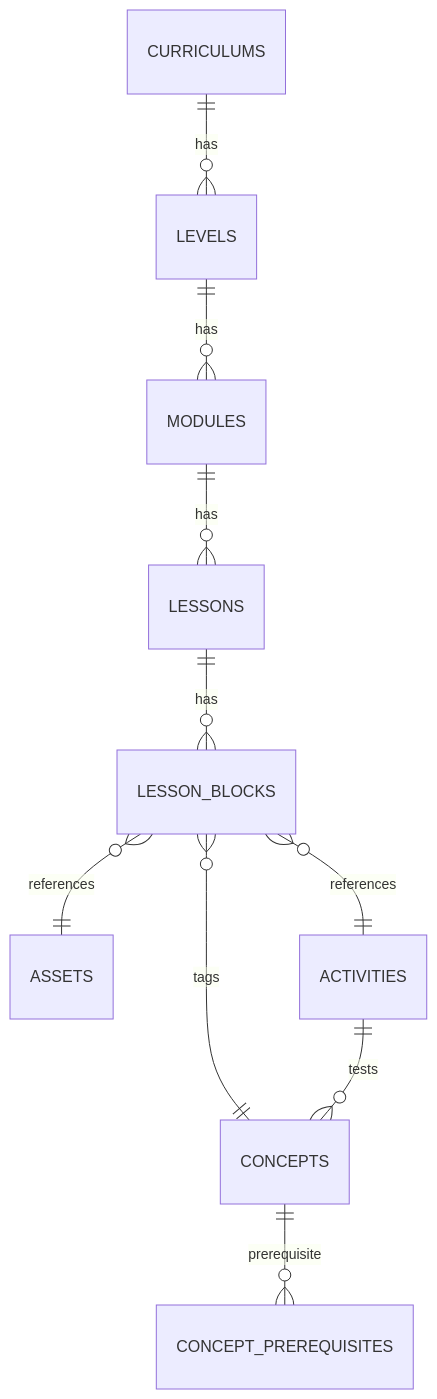
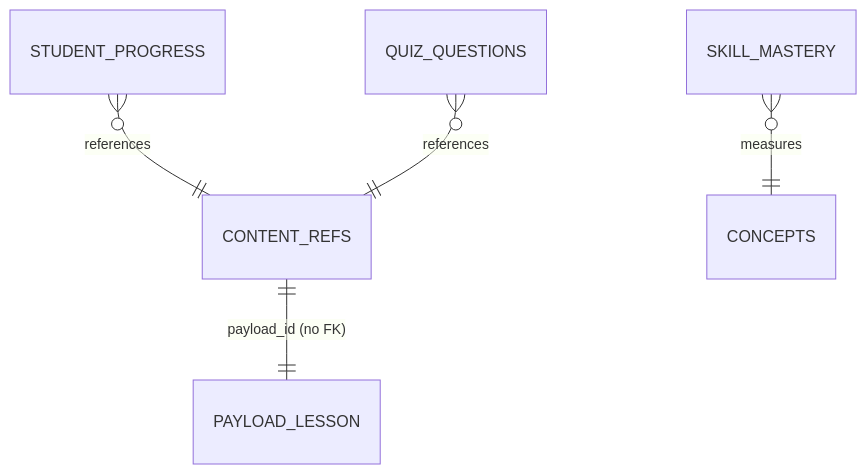
One commit to qphase-ai/Q-Learn changed the second of 3 diagrams in docs/Curriculum/cirrculum-store-architecture.md. Above: the diagram before and after it, drawn with Mermaid. The commit also changed other lines of this file, not shown here.

````diff
--- a/docs/Curriculum/cirrculum-store-architecture.md
+++ b/docs/Curriculum/cirrculum-store-architecture.md
@@ -7,12 +183,7 @@
 ```mermaid
 erDiagram
-    CURRICULUMS ||--o{ LEVELS : has
-    LEVELS ||--o{ MODULES : has
-    MODULES ||--o{ LESSONS : has
-    LESSONS ||--o{ LESSON_BLOCKS : has
-    LESSON_BLOCKS }o--|| ASSETS : references
-    LESSON_BLOCKS }o--|| ACTIVITIES : references
-    LESSON_BLOCKS }o--|| CONCEPTS : tags
-    ACTIVITIES ||--o{ CONCEPTS : tests
-    CONCEPTS ||--o{ CONCEPT_PREREQUISITES : prerequisite
+    STUDENT_PROGRESS }o--|| CONTENT_REFS : references
+    QUIZ_QUESTIONS   }o--|| CONTENT_REFS : references
+    CONTENT_REFS     ||--|| PAYLOAD_LESSON : "payload_id (no FK)"
+    SKILL_MASTERY    }o--|| CONCEPTS : measures
 ```
````
